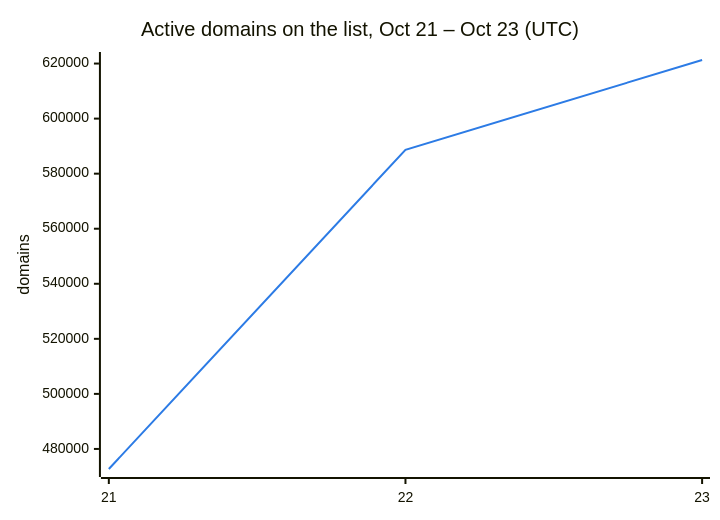
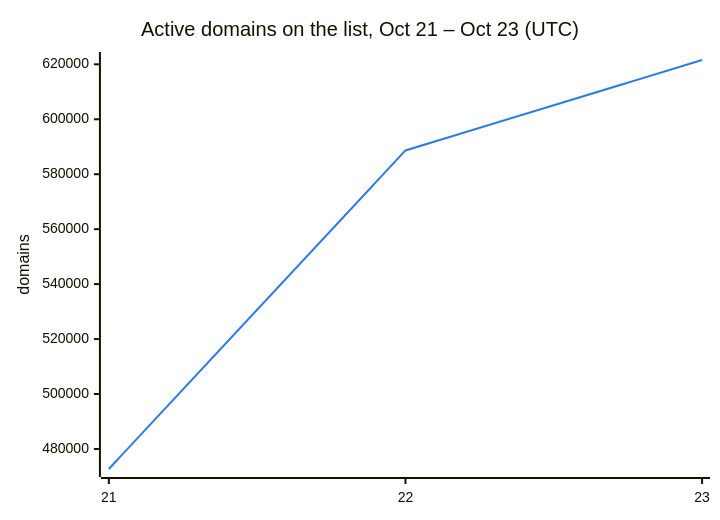
Before and after one commit to DNSBunker/CTI: the second of 3 diagrams in README.md, drawn with Mermaid. The commit also changed other lines of this file and 3 other files, not shown here.

````diff
--- a/README.md
+++ b/README.md
@@ -38,8 +38,8 @@
 ```mermaid
 %%{init: {"themeVariables": {"xyChart": {"plotColorPalette": "#2c7be5"}}}}%%
 xychart-beta
     title "Active domains on the list, Oct 21 – Oct 23 (UTC)"
     x-axis ["21", "22", "23"]
     y-axis "domains"
-    line [472713, 588659, 621292]
+    line [472713, 588659, 621572]
 ```
````
